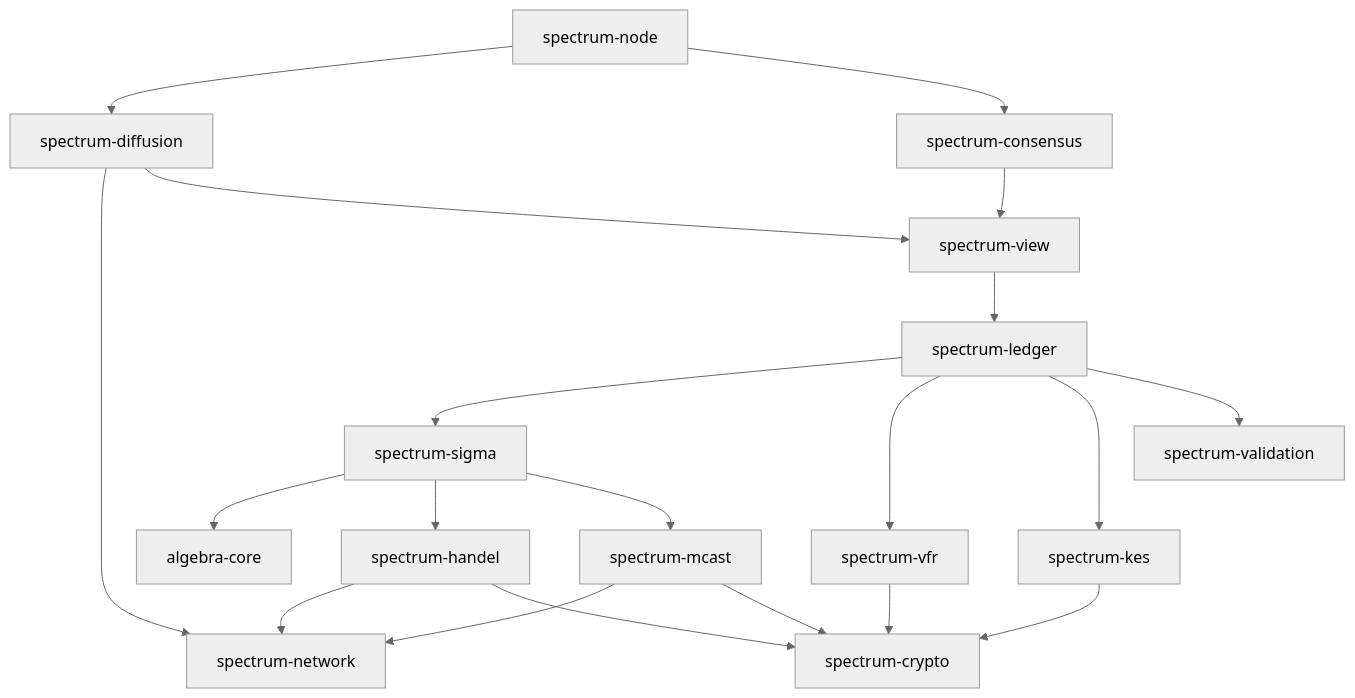
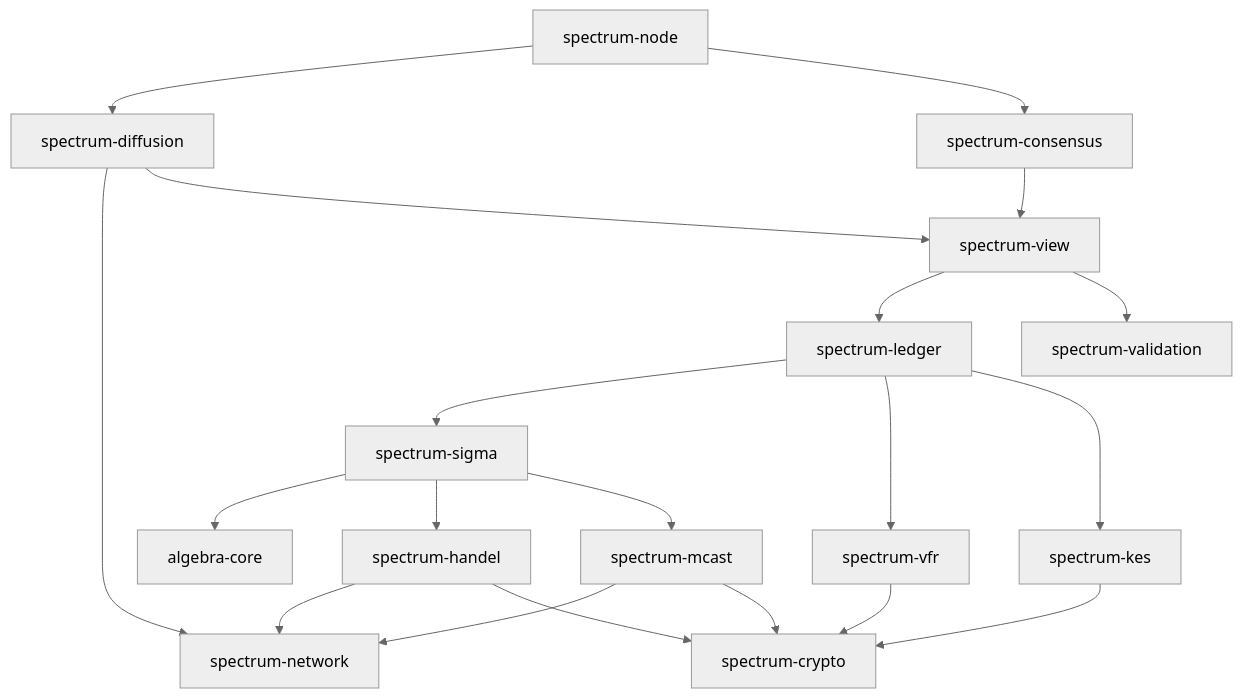
One commit to spectrum-finance/spectrum changed the diagram in docs/ProjectStructure.md. Above: the diagram before and after it, drawn with Mermaid (neutral theme). The commit also changed 13 other files, not shown here.

````diff
--- a/docs/ProjectStructure.md
+++ b/docs/ProjectStructure.md
@@ -22,36 +22,36 @@
 ```mermaid
 flowchart TD
     SN[spectrum-network]
     SM[spectrum-mcast]
     AC[algebra-core]
     SH[spectrum-handel]
     SD[spectrum-diffusion]
     SC[spectrum-crypto]
     SVL[spectrum-validation]
     SL[spectrum-ledger]
     SV[spectrum-vfr]
     SK[spectrum-kes]
     SS[spectrum-sigma]
     SVI[spectrum-view]
     SI[spectrum-node]
     SCS[spectrum-consensus]
     SL --> SS
     SL --> SV
     SL --> SK
-    SL --> SVL
     SH --> SN
     SM --> SN
     SD --> SN
     SS --> AC
     SS --> SH
     SS --> SM
     SK --> SC
     SV --> SC
     SM --> SC
     SH --> SC
     SVI --> SL
+    SVI --> SVL
     SI --> SD
     SD --> SVI
     SCS --> SVI
     SI --> SCS
 ```
````
